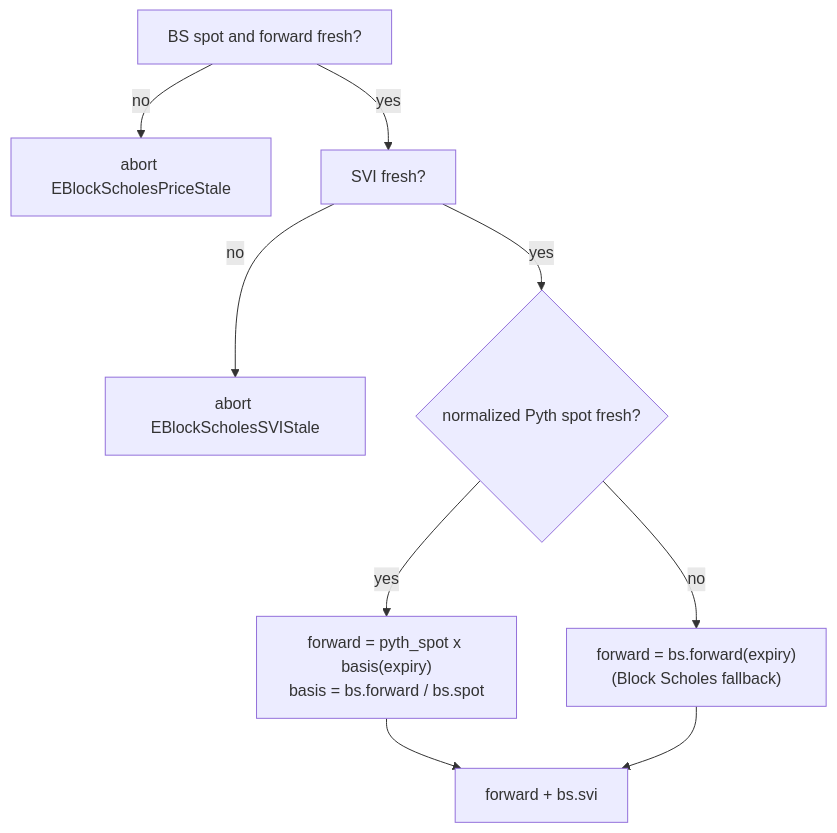
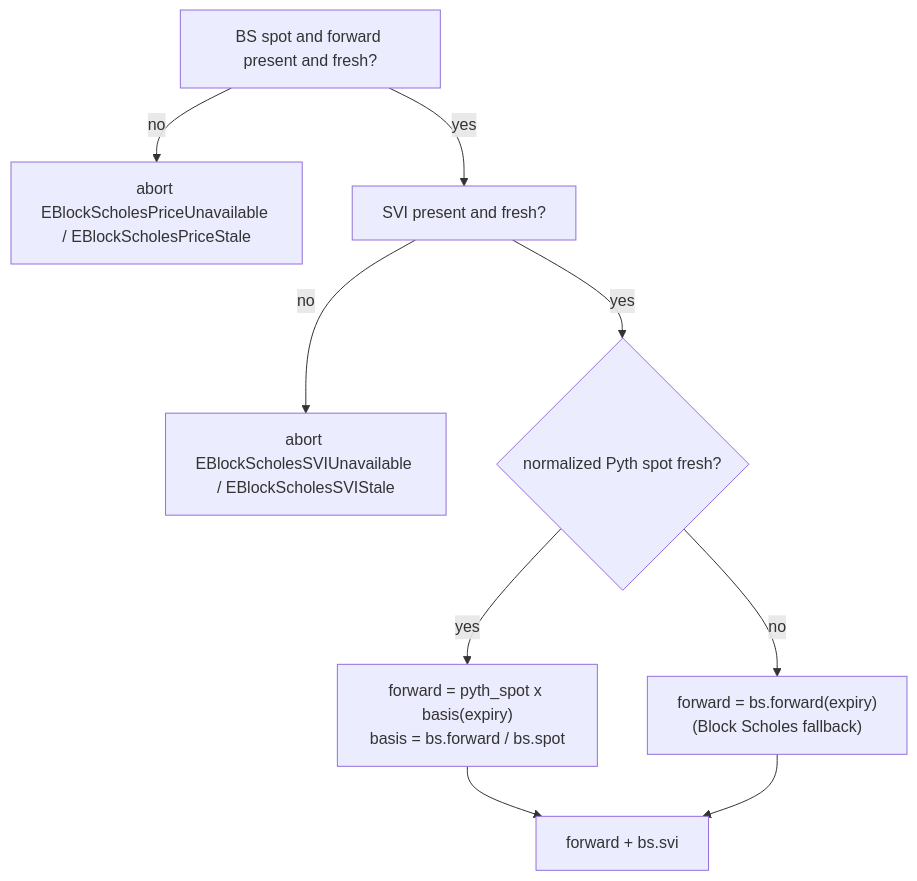
The diagram in packages/predict/docs/concepts/pricing-and-oracles.md (MystenLabs/deepbookv3), drawn with Mermaid before and after one commit. The commit also changed other lines of this file and 1 other file, not shown here.

Commit message:
Docs: document the BS absence abort codes from the batch-7 split
Batch 7 split the never-published/non-normalizable BS read aborts into
EBlockScholesPriceUnavailable / EBlockScholesSVIUnavailable, distinct
from the freshness Stale codes. The concept docs and decisions.md only
named the Stale codes; integrators map abort codes, so the absence path
needs naming too.

Claude-Session: https://claude.ai/code/session_01Xct5NpFmALuRtz2tQL18yG

````diff
--- a/packages/predict/docs/concepts/pricing-and-oracles.md
+++ b/packages/predict/docs/concepts/pricing-and-oracles.md
@@ -89,11 +89,11 @@
 ```mermaid
 flowchart TD
-    A[BS spot and forward fresh?] -- no --> X[abort EBlockScholesPriceStale]
-    A -- yes --> S[SVI fresh?]
-    S -- no --> Y[abort EBlockScholesSVIStale]
+    A[BS spot and forward present and fresh?] -- no --> X[abort EBlockScholesPriceUnavailable / EBlockScholesPriceStale]
+    A -- yes --> S[SVI present and fresh?]
+    S -- no --> Y[abort EBlockScholesSVIUnavailable / EBlockScholesSVIStale]
     S -- yes --> B{normalized Pyth spot fresh?}
     B -- yes --> C["forward = pyth_spot x basis(expiry)<br/>basis = bs.forward / bs.spot"]
     B -- no --> D["forward = bs.forward(expiry)<br/>(Block Scholes fallback)"]
     C --> E[forward + bs.svi]
     D --> E
 ```
````
